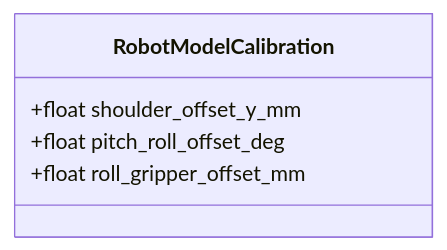
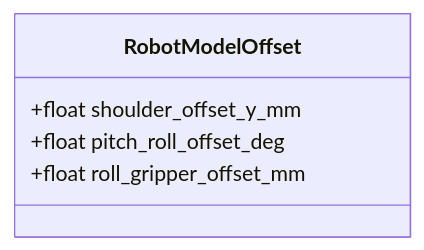
The seventh of 11 diagrams in sw/software.md (butz1999/inverse_kinematik), drawn with Mermaid before and after one commit. The commit also changed other lines of this file and 5 other files, not shown here.

````diff
--- a/sw/software.md
+++ b/sw/software.md
@@ -335,8 +337,8 @@
 ```mermaid
 classDiagram
-    class RobotModelCalibration {
+    class RobotModelOffset {
         +float shoulder_offset_y_mm
         +float pitch_roll_offset_deg
         +float roll_gripper_offset_mm
     }
 ```
````
